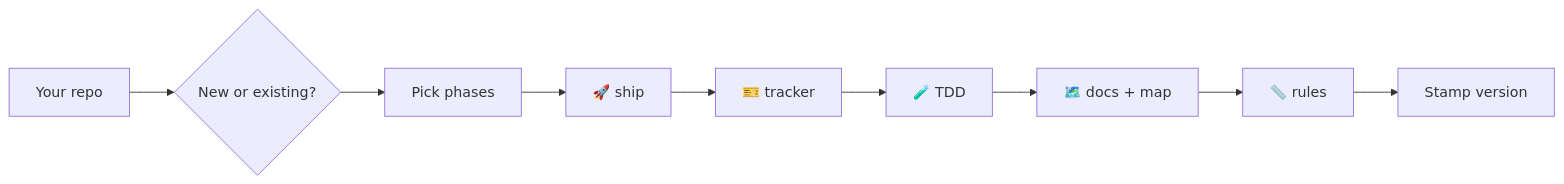
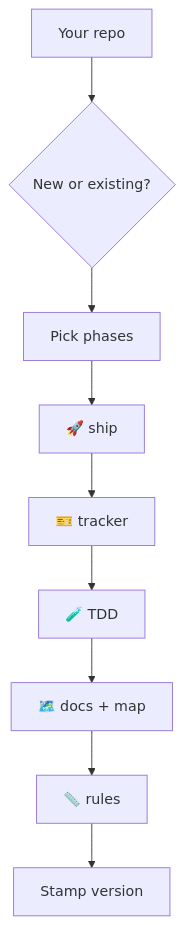
Before and after one commit to Geghi/repo-setup: the diagram in README.md, drawn with Mermaid.

Commit message:
docs: vertical how-it-works diagram

````diff
--- a/README.md
+++ b/README.md
@@ -37,11 +37,11 @@
 ```mermaid
-flowchart LR
+flowchart TD
     A[Your repo] --> B{New or existing?}
     B --> C[Pick phases]
     C --> D[🚀 ship]
     D --> E[🎫 tracker]
     E --> F[🧪 TDD]
     F --> G[🗺️ docs + map]
     G --> H[📏 rules]
     H --> I[Stamp version]
 ```
````
